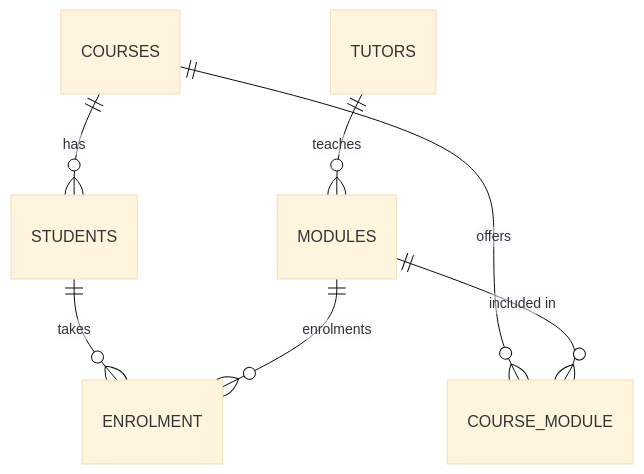
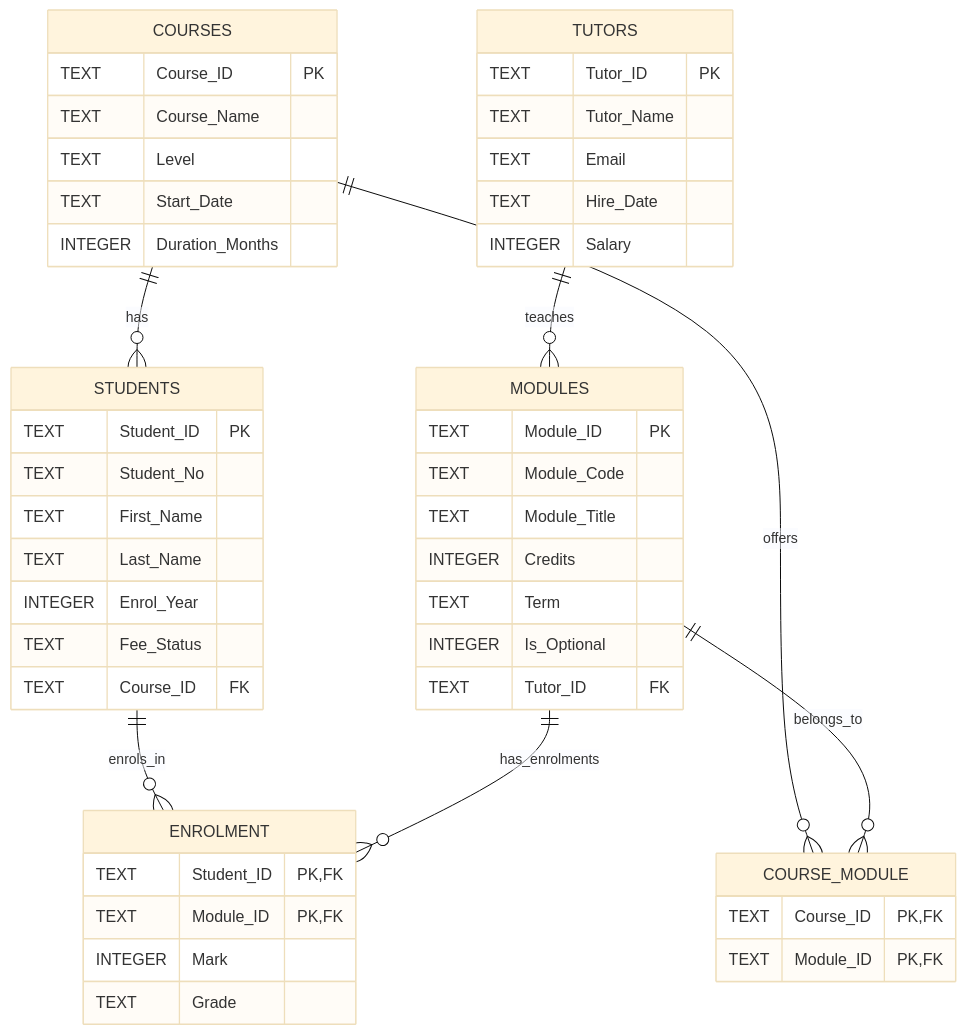
One commit to mrcdmn03/mrcdmn03.github.io changed the diagram in research/university-database-sql/README.md. Above: the diagram before and after it, drawn with Mermaid (base theme). The commit also changed other lines of this file, not shown here.

Commit message:
Correct ER diagram to match SQL schema and document composite keys

````diff
--- a/research/university-database-sql/README.md
+++ b/research/university-database-sql/README.md
@@ -12,9 +14,57 @@
 ```mermaid
 erDiagram
-    COURSES ||--o{ STUDENTS : "has"
-    COURSES ||--o{ COURSE_MODULE : "offers"
-    MODULES ||--o{ COURSE_MODULE : "included in"
-    TUTORS ||--o{ MODULES : "teaches"
-    STUDENTS ||--o{ ENROLMENT : "takes"
-    MODULES ||--o{ ENROLMENT : "enrolments"
+    COURSES ||--o{ STUDENTS : has
+    TUTORS ||--o{ MODULES : teaches
+    COURSES ||--o{ COURSE_MODULE : offers
+    MODULES ||--o{ COURSE_MODULE : belongs_to
+    STUDENTS ||--o{ ENROLMENT : enrols_in
+    MODULES ||--o{ ENROLMENT : has_enrolments
+
+    COURSES {
+        TEXT Course_ID PK
+        TEXT Course_Name
+        TEXT Level
+        TEXT Start_Date
+        INTEGER Duration_Months
+    }
+
+    TUTORS {
+        TEXT Tutor_ID PK
+        TEXT Tutor_Name
+        TEXT Email
+        TEXT Hire_Date
+        INTEGER Salary
+    }
+
+    MODULES {
+        TEXT Module_ID PK
+        TEXT Module_Code
+        TEXT Module_Title
+        INTEGER Credits
+        TEXT Term
+        INTEGER Is_Optional
+        TEXT Tutor_ID FK
+    }
+
+    STUDENTS {
+        TEXT Student_ID PK
+        TEXT Student_No
+        TEXT First_Name
+        TEXT Last_Name
+        INTEGER Enrol_Year
+        TEXT Fee_Status
+        TEXT Course_ID FK
+    }
+
+    COURSE_MODULE {
+        TEXT Course_ID PK,FK
+        TEXT Module_ID PK,FK
+    }
+
+    ENROLMENT {
+        TEXT Student_ID PK,FK
+        TEXT Module_ID PK,FK
+        INTEGER Mark
+        TEXT Grade
+    }
 ```
````
